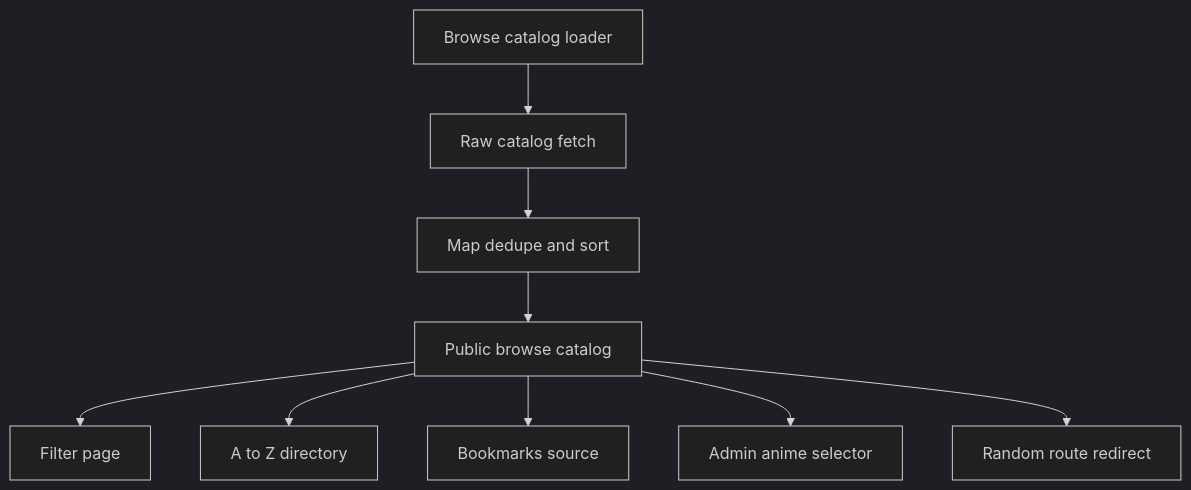
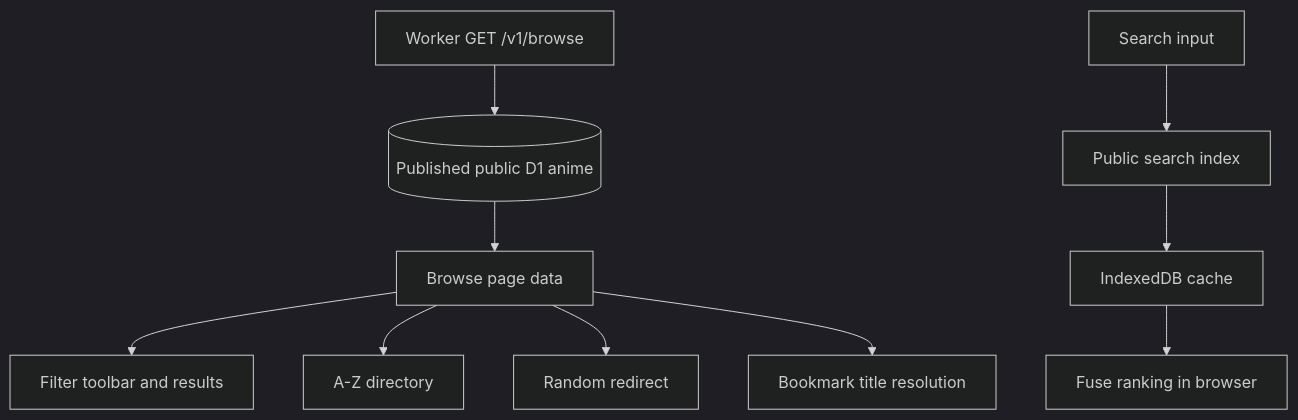
The second of 4 diagrams in docs/desktop-flow.md (xyrusL/rioanimeplay), drawn with Mermaid (dark theme) before and after one commit. The commit also changed other lines of this file and 35 other files, not shown here.

````diff
--- a/docs/desktop-flow.md
+++ b/docs/desktop-flow.md
@@ -28,11 +33,13 @@
 ```mermaid
 flowchart TD
-    A["Browse catalog loader"] --> B["Raw catalog fetch"]
-    B --> C["Map dedupe and sort"]
-    C --> D["Public browse catalog"]
-    D --> E["Filter page"]
-    D --> F["A to Z directory"]
-    D --> G["Bookmarks source"]
-    D --> H["Admin anime selector"]
-    D --> I["Random route redirect"]
+    A["Worker GET /v1/browse"] --> B[("Published public D1 anime")]
+    B --> C["Browse page data"]
+    C --> D["Filter toolbar and results"]
+    C --> E["A-Z directory"]
+    C --> F["Random redirect"]
+    C --> G["Bookmark title resolution"]
+
+    H["Search input"] --> I["Public search index"]
+    I --> J["IndexedDB cache"]
+    J --> K["Fuse ranking in browser"]
 ```
````
